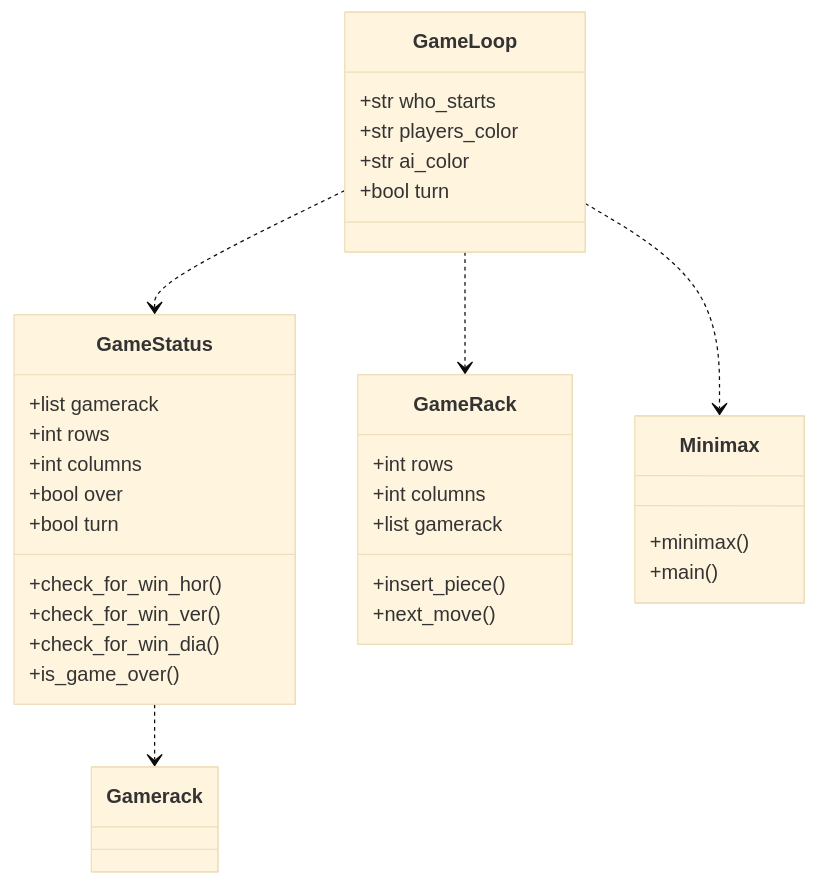
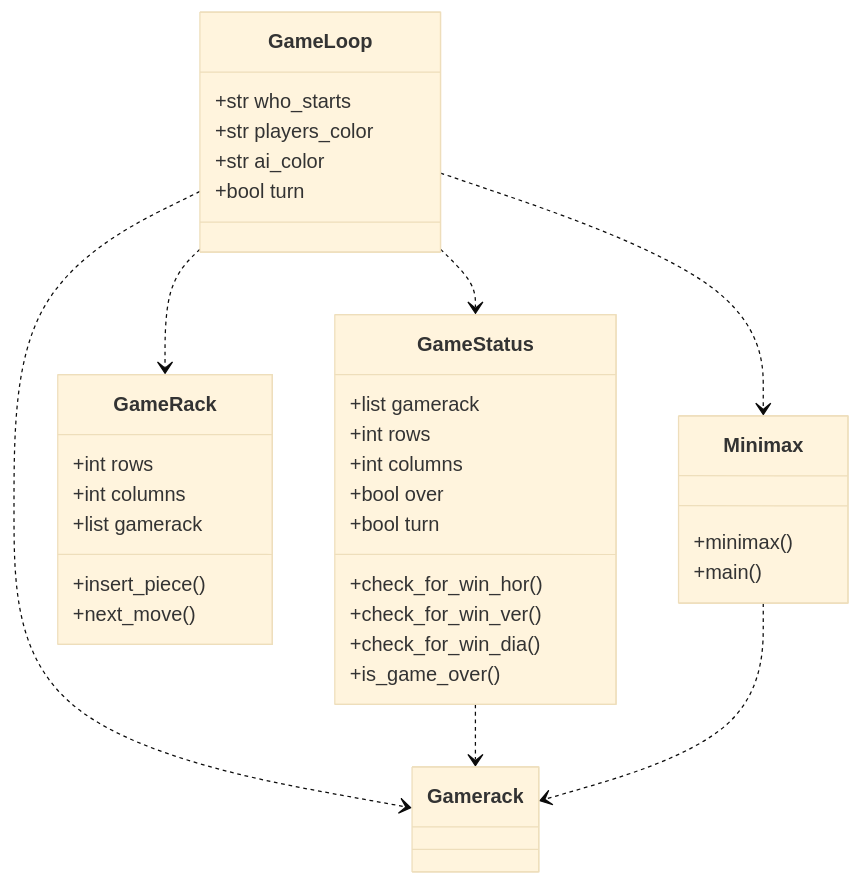
The diagram in documentation/implementation.md (lottapispa/Connect-Four-tiralabra), drawn with Mermaid (base theme) before and after one commit.

````diff
--- a/documentation/implementation.md
+++ b/documentation/implementation.md
@@ -4,35 +4,37 @@
 ```mermaid
 classDiagram
     GameLoop ..> GameStatus
     GameLoop ..> GameRack
     GameLoop ..> Minimax
+    GameLoop ..> Gamerack
     GameStatus ..> Gamerack
+    Minimax ..> Gamerack
     class GameLoop{
         +str who_starts
         +str players_color
         +str ai_color
         +bool turn
     }
     class GameStatus{
         +list gamerack
         +int rows
         +int columns
         +bool over
         +bool turn
         +check_for_win_hor()
         +check_for_win_ver()
         +check_for_win_dia()
         +is_game_over()
     }
     class GameRack{
         +int rows
         +int columns
         +list gamerack
         +insert_piece()
         +next_move()
     }
     class Minimax{
         +minimax()
         +main()
     }
 ```
````
